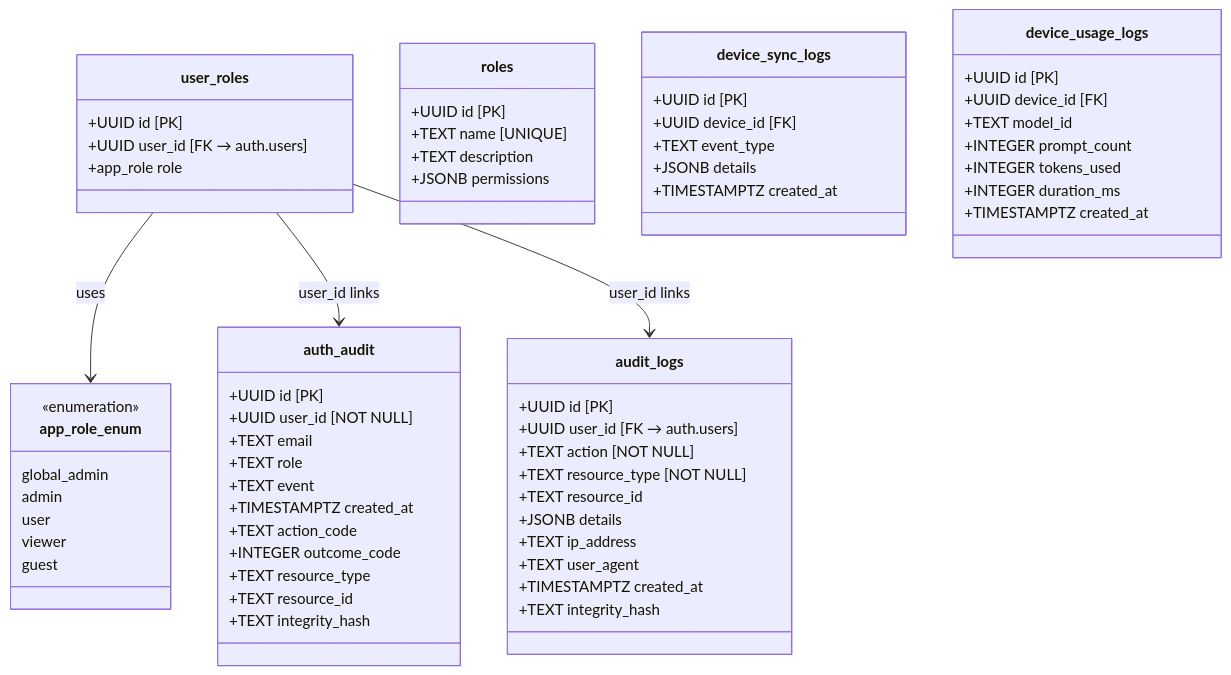
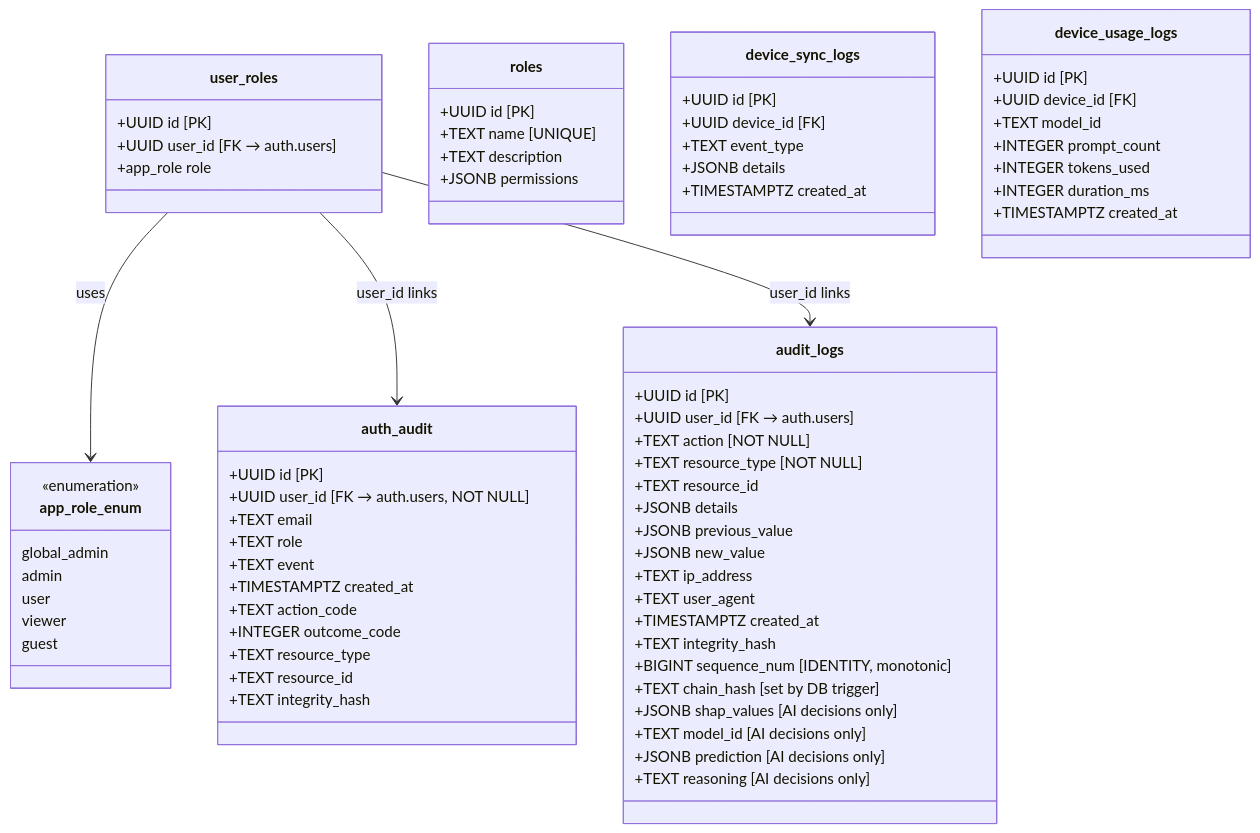
The third of 20 diagrams in ACTIVITY_LOGS_DOCUMENTATION.md (SagarKi2i/Fideon), drawn with Mermaid before and after one commit. The commit also changed other lines of this file and 94 other files, not shown here.

````diff
--- a/ACTIVITY_LOGS_DOCUMENTATION.md
+++ b/ACTIVITY_LOGS_DOCUMENTATION.md
@@ -313,73 +368,81 @@
 ```mermaid
 classDiagram
     class auth_audit {
         +UUID id [PK]
-        +UUID user_id [NOT NULL]
+        +UUID user_id [FK → auth.users, NOT NULL]
         +TEXT email
         +TEXT role
         +TEXT event
         +TIMESTAMPTZ created_at
         +TEXT action_code
         +INTEGER outcome_code
         +TEXT resource_type
         +TEXT resource_id
         +TEXT integrity_hash
     }
 
     class audit_logs {
         +UUID id [PK]
         +UUID user_id [FK → auth.users]
         +TEXT action [NOT NULL]
         +TEXT resource_type [NOT NULL]
         +TEXT resource_id
         +JSONB details
+        +JSONB previous_value
+        +JSONB new_value
         +TEXT ip_address
         +TEXT user_agent
         +TIMESTAMPTZ created_at
         +TEXT integrity_hash
+        +BIGINT sequence_num [IDENTITY, monotonic]
+        +TEXT chain_hash [set by DB trigger]
+        +JSONB shap_values [AI decisions only]
+        +TEXT model_id [AI decisions only]
+        +JSONB prediction [AI decisions only]
+        +TEXT reasoning [AI decisions only]
     }
 
     class user_roles {
         +UUID id [PK]
         +UUID user_id [FK → auth.users]
         +app_role role
     }
 
     class roles {
         +UUID id [PK]
         +TEXT name [UNIQUE]
         +TEXT description
         +JSONB permissions
     }
 
     class app_role_enum {
         <<enumeration>>
         global_admin
         admin
         user
         viewer
         guest
     }
 
     class device_sync_logs {
         +UUID id [PK]
         +UUID device_id [FK]
         +TEXT event_type
         +JSONB details
         +TIMESTAMPTZ created_at
     }
 
     class device_usage_logs {
         +UUID id [PK]
         +UUID device_id [FK]
         +TEXT model_id
         +INTEGER prompt_count
         +INTEGER tokens_used
         +INTEGER duration_ms
         +TIMESTAMPTZ created_at
     }
 
     user_roles --> app_role_enum : uses
     user_roles --> auth_audit : user_id links
     user_roles --> audit_logs : user_id links
 ```
````
